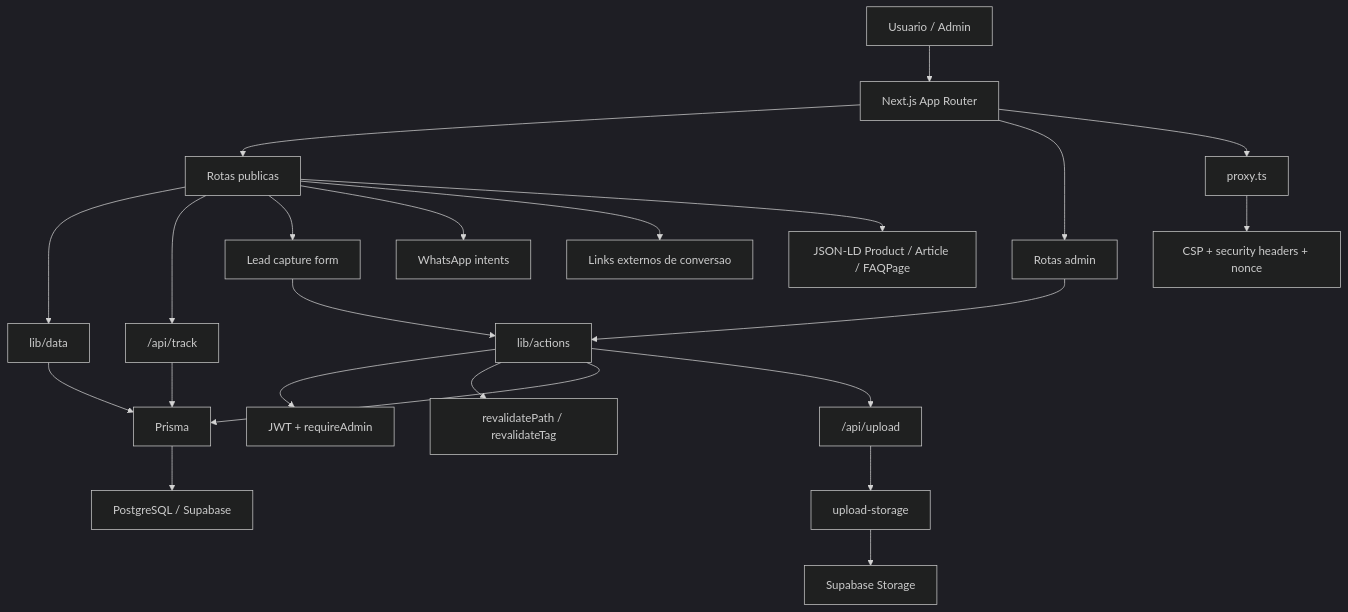
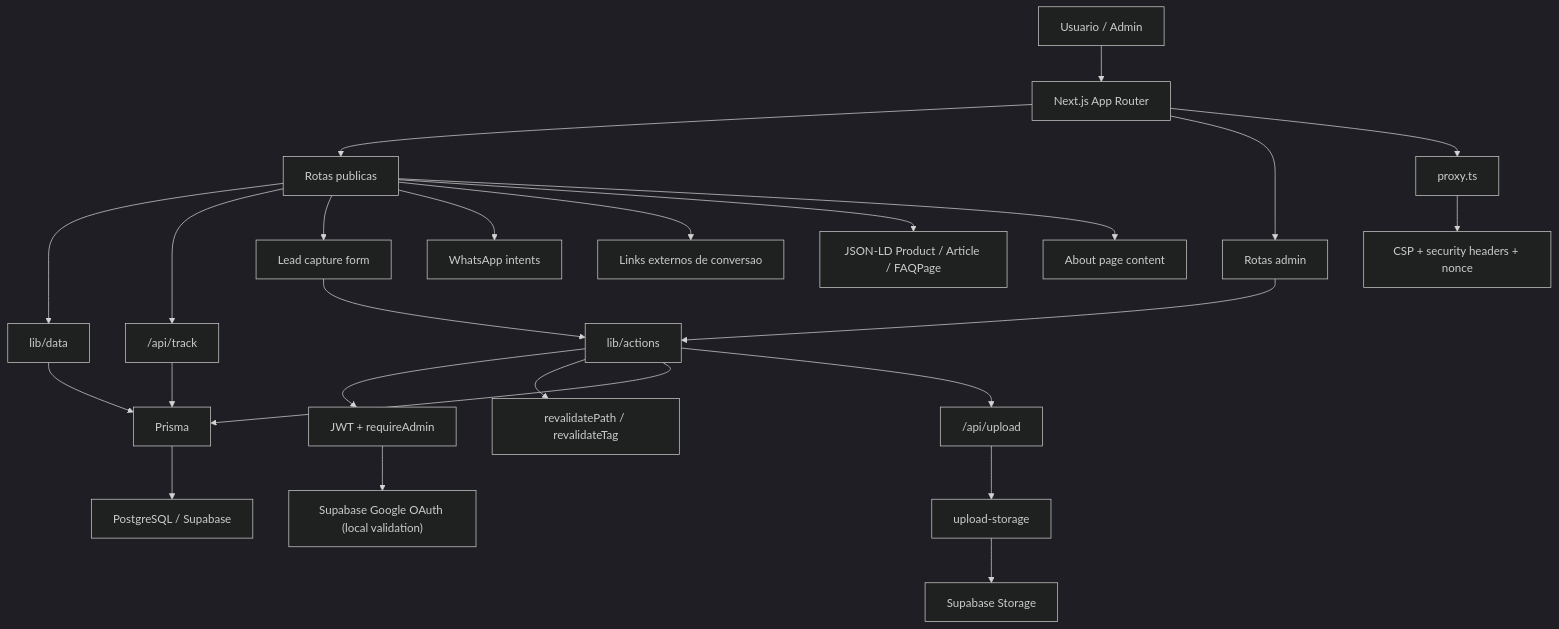
Before and after one commit to Jampras/Eliane-Marques: the diagram in docs/ARCHITECTURE.md, drawn with Mermaid (dark theme). The commit also changed other lines of this file and 44 other files, not shown here.

Commit message:
refactor: centralize env and institutional auth flows

````diff
--- a/docs/ARCHITECTURE.md
+++ b/docs/ARCHITECTURE.md
@@ -13,25 +13,27 @@
 ```mermaid
 flowchart TD
     U["Usuario / Admin"] --> APP["Next.js App Router"]
     APP --> PUB["Rotas publicas"]
     APP --> ADM["Rotas admin"]
     APP --> PROXY["proxy.ts"]
     PROXY --> SEC["CSP + security headers + nonce"]
     PUB --> DATA["lib/data"]
     ADM --> ACT["lib/actions"]
     ACT --> AUTH["JWT + requireAdmin"]
+    AUTH --> OAUTH["Supabase Google OAuth (local validation)"]
     ACT --> CACHE["revalidatePath / revalidateTag"]
     DATA --> PRISMA["Prisma"]
     ACT --> PRISMA
     PRISMA --> DB["PostgreSQL / Supabase"]
     PUB --> TRACK["/api/track"]
     TRACK --> PRISMA
     PUB --> LEAD["Lead capture form"]
     LEAD --> ACT
     ACT --> UP["/api/upload"]
     UP --> STORAGE["upload-storage"]
     STORAGE --> SUPA["Supabase Storage"]
     PUB --> WA["WhatsApp intents"]
     PUB --> EXT["Links externos de conversao"]
     PUB --> SEO["JSON-LD Product / Article / FAQPage"]
+    PUB --> ABOUT["About page content"]
 ```
````
